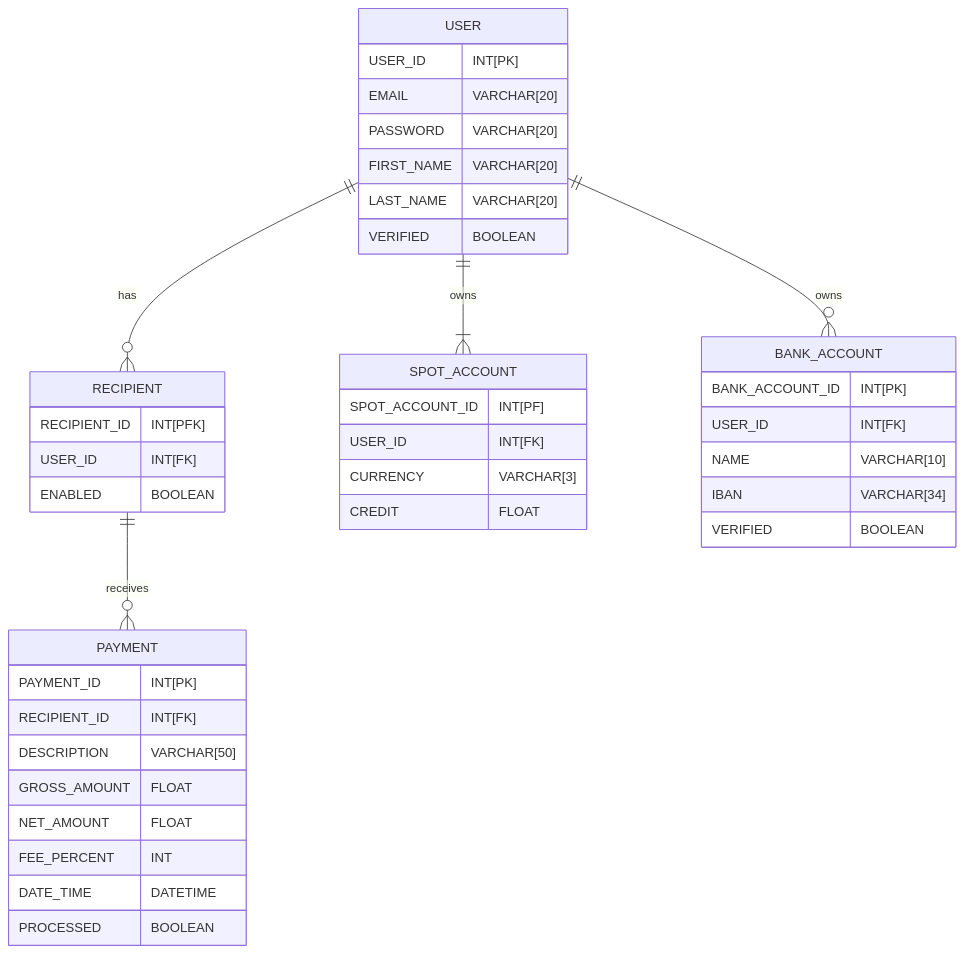
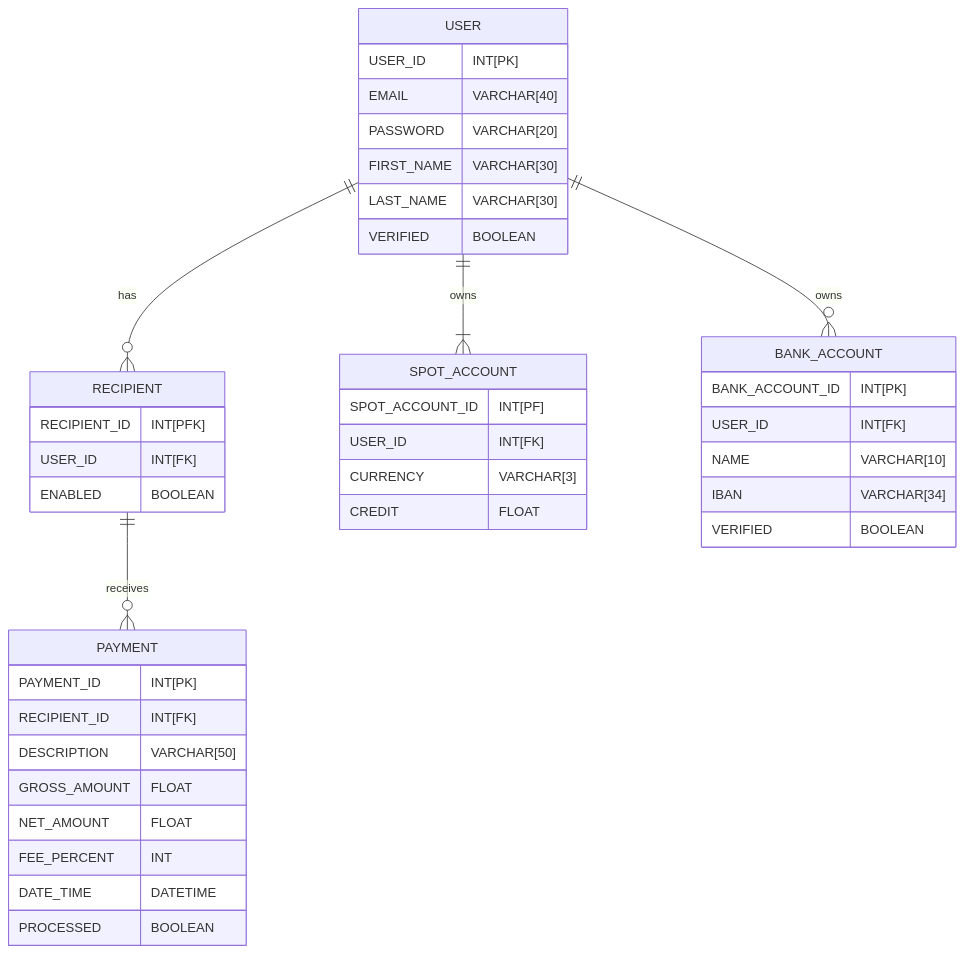
One commit to mactepluke/pmb changed the second of 2 diagrams in README.md. Above: the diagram before and after it, drawn with Mermaid. The commit also changed 3 other files, not shown here.

````diff
--- a/README.md
+++ b/README.md
@@ -51,46 +51,46 @@
 ```mermaid
 erDiagram
     USER ||--o{ RECIPIENT : "has"
     USER ||--|{ SPOT_ACCOUNT : owns
     RECIPIENT ||--o{ PAYMENT : receives
     USER ||--o{ BANK_ACCOUNT : owns
 
     USER {
         USER_ID INT[PK]
-        EMAIL VARCHAR[20]
+        EMAIL VARCHAR[40]
         PASSWORD VARCHAR[20]
-        FIRST_NAME VARCHAR[20]
-        LAST_NAME VARCHAR[20]
+        FIRST_NAME VARCHAR[30]
+        LAST_NAME VARCHAR[30]
         VERIFIED BOOLEAN
 }
 SPOT_ACCOUNT {
     SPOT_ACCOUNT_ID INT[PF]
     USER_ID INT[FK]
     CURRENCY VARCHAR[3]
     CREDIT FLOAT
 }
 RECIPIENT  {
     RECIPIENT_ID INT[PFK]
     USER_ID INT[FK]
     ENABLED BOOLEAN
 }
 
 BANK_ACCOUNT    {
     BANK_ACCOUNT_ID INT[PK]
     USER_ID INT[FK]
     NAME VARCHAR[10]
     IBAN VARCHAR[34]
     VERIFIED BOOLEAN
 }
 
 PAYMENT {
     PAYMENT_ID INT[PK]
     RECIPIENT_ID INT[FK]
     DESCRIPTION VARCHAR[50]
     GROSS_AMOUNT FLOAT
     NET_AMOUNT FLOAT
     FEE_PERCENT INT
     DATE_TIME DATETIME
     PROCESSED BOOLEAN
 }
 ```
````
